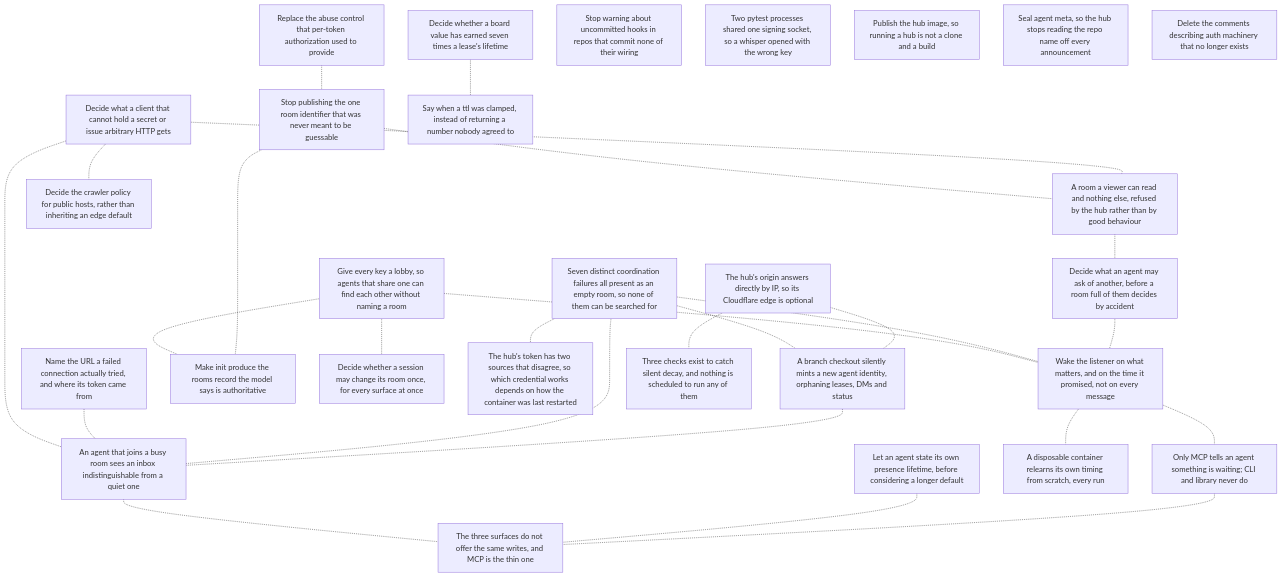
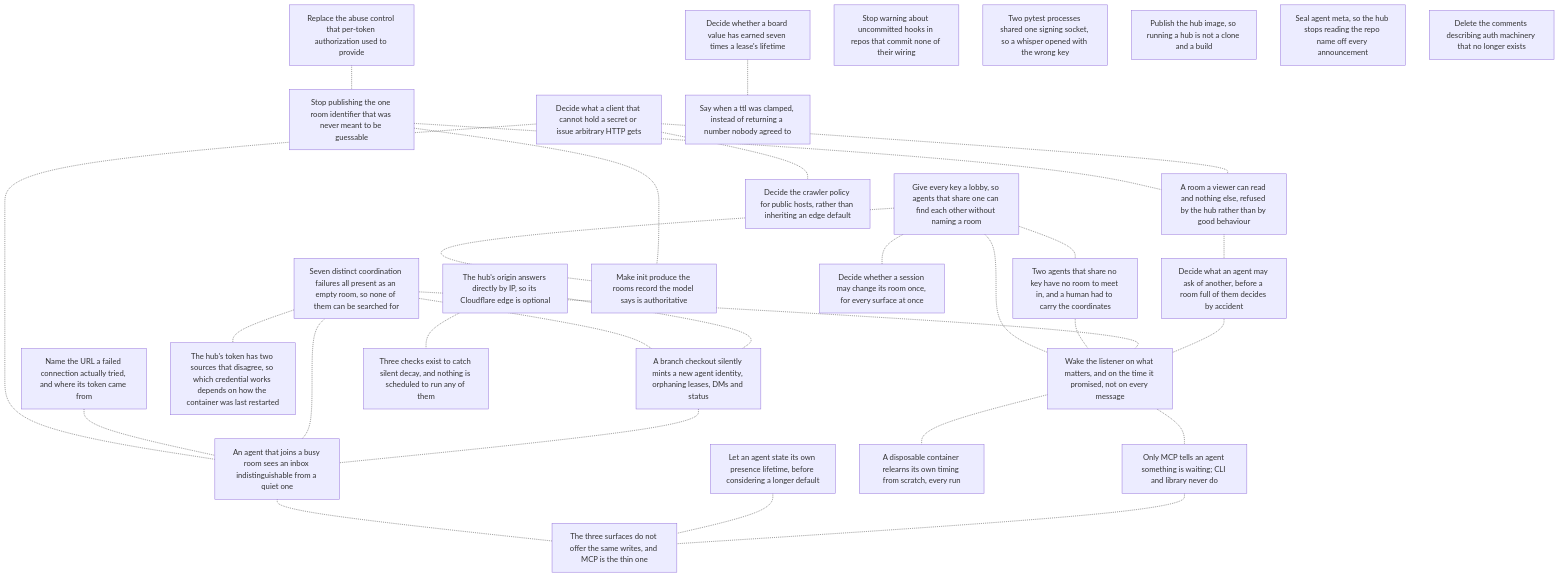
Before and after one commit to gald33/switchboard: the diagram in roadmap/ROADMAP.md, drawn with Mermaid. The commit also changed other lines of this file and 2 other files, not shown here.

First line of the commit message:
roadmap: cross-key rendezvous — publish a meeting room, do not reopen the keyless lobby

````diff
--- a/roadmap/ROADMAP.md
+++ b/roadmap/ROADMAP.md
@@ -100,56 +105,59 @@
 ```mermaid
 graph TD
   a_lobby_derived_from_the_key["Give every key a lobby, so agents that share one can find each other without naming a room"]
   abuse_control_after_authorization["Replace the abuse control that per-token authorization used to provide"]
   board_ttl_ceiling["Decide whether a board value has earned seven times a lease's lifetime"]
   ci_workspace_is_public["Stop publishing the one room identifier that was never meant to be guessable"]
   clients_that_cannot_post["Decide what a client that cannot hold a secret or issue arbitrary HTTP gets"]
   connect_failure_message["Name the URL a failed connection actually tried, and where its token came from"]
+  cross_key_rendezvous["Two agents that share no key have no room to meet in, and a human had to carry the coordinates"]
   every_silent_failure_looks_like_a_quiet_room["Seven distinct coordination failures all present as an empty room, so none of them can be searched for"]
   hooks_warning_false_positive["Stop warning about uncommitted hooks in repos that commit none of their wiring"]
   hub_origin_reachable_bypassing_the_edge["The hub's origin answers directly by IP, so its Cloudflare edge is optional"]
   identity_rebinds_on_branch_change["A branch checkout silently mints a new agent identity, orphaning leases, DMs and status"]
   init_writes_rooms_file["Make init produce the rooms record the model says is authoritative"]
   intermittent_suite_failure["Two pytest processes shared one signing socket, so a whisper opened with the wrong key"]
   joining_agent_sees_empty_inbox["An agent that joins a busy room sees an inbox indistinguishable from a quiet one"]
   one_resolved_context_across_surfaces["Decide whether a session may change its room once, for every surface at once"]
   presence_ttl_is_not_one_size["Let an agent state its own presence lifetime, before considering a longer default"]
   provisioned_token_is_stale_and_nothing_says_so["The hub's token has two sources that disagree, so which credential works depends on how the container was last restarted"]
   publish_hub_container_image["Publish the hub image, so running a hub is not a clone and a build"]
   read_only_rooms["A room a viewer can read and nothing else, refused by the hub rather than by good behaviour"]
   robots_policy_for_public_hosts["Decide the crawler policy for public hosts, rather than inheriting an edge default"]
   roles_and_authority_between_agents["Decide what an agent may ask of another, before a room full of them decides by accident"]
   seal_agent_meta["Seal agent meta, so the hub stops reading the repo name off every announcement"]
   selective_wake_for_the_listener["Wake the listener on what matters, and on the time it promised, not on every message"]
   stale_resolver_references["Delete the comments describing auth machinery that no longer exists"]
   standing_checks_that_nothing_runs["Three checks exist to catch silent decay, and nothing is scheduled to run any of them"]
   timing_cold_start_in_ephemeral_environments["A disposable container relearns its own timing from scratch, every run"]
   ttl_clamped_silently["Say when a ttl was clamped, instead of returning a number nobody agreed to"]
   unread_dms_not_shown_outside_mcp["Only MCP tells an agent something is waiting; CLI and library never do"]
   write_parity_across_surfaces["The three surfaces do not offer the same writes, and MCP is the thin one"]
+  a_lobby_derived_from_the_key -.- cross_key_rendezvous
   a_lobby_derived_from_the_key -.- init_writes_rooms_file
   a_lobby_derived_from_the_key -.- one_resolved_context_across_surfaces
   a_lobby_derived_from_the_key -.- selective_wake_for_the_listener
   abuse_control_after_authorization -.- ci_workspace_is_public
   board_ttl_ceiling -.- ttl_clamped_silently
   ci_workspace_is_public -.- init_writes_rooms_file
   ci_workspace_is_public -.- read_only_rooms
   clients_that_cannot_post -.- joining_agent_sees_empty_inbox
   clients_that_cannot_post -.- read_only_rooms
   clients_that_cannot_post -.- robots_policy_for_public_hosts
   connect_failure_message -.- joining_agent_sees_empty_inbox
+  cross_key_rendezvous -.- selective_wake_for_the_listener
   every_silent_failure_looks_like_a_quiet_room -.- identity_rebinds_on_branch_change
   every_silent_failure_looks_like_a_quiet_room -.- joining_agent_sees_empty_inbox
   every_silent_failure_looks_like_a_quiet_room -.- provisioned_token_is_stale_and_nothing_says_so
   every_silent_failure_looks_like_a_quiet_room -.- selective_wake_for_the_listener
   hub_origin_reachable_bypassing_the_edge -.- identity_rebinds_on_branch_change
   hub_origin_reachable_bypassing_the_edge -.- standing_checks_that_nothing_runs
   identity_rebinds_on_branch_change -.- joining_agent_sees_empty_inbox
   joining_agent_sees_empty_inbox -.- write_parity_across_surfaces
   presence_ttl_is_not_one_size -.- write_parity_across_surfaces
   read_only_rooms -.- roles_and_authority_between_agents
   roles_and_authority_between_agents -.- selective_wake_for_the_listener
   selective_wake_for_the_listener -.- timing_cold_start_in_ephemeral_environments
   selective_wake_for_the_listener -.- unread_dms_not_shown_outside_mcp
   unread_dms_not_shown_outside_mcp -.- write_parity_across_surfaces
 ```
````
